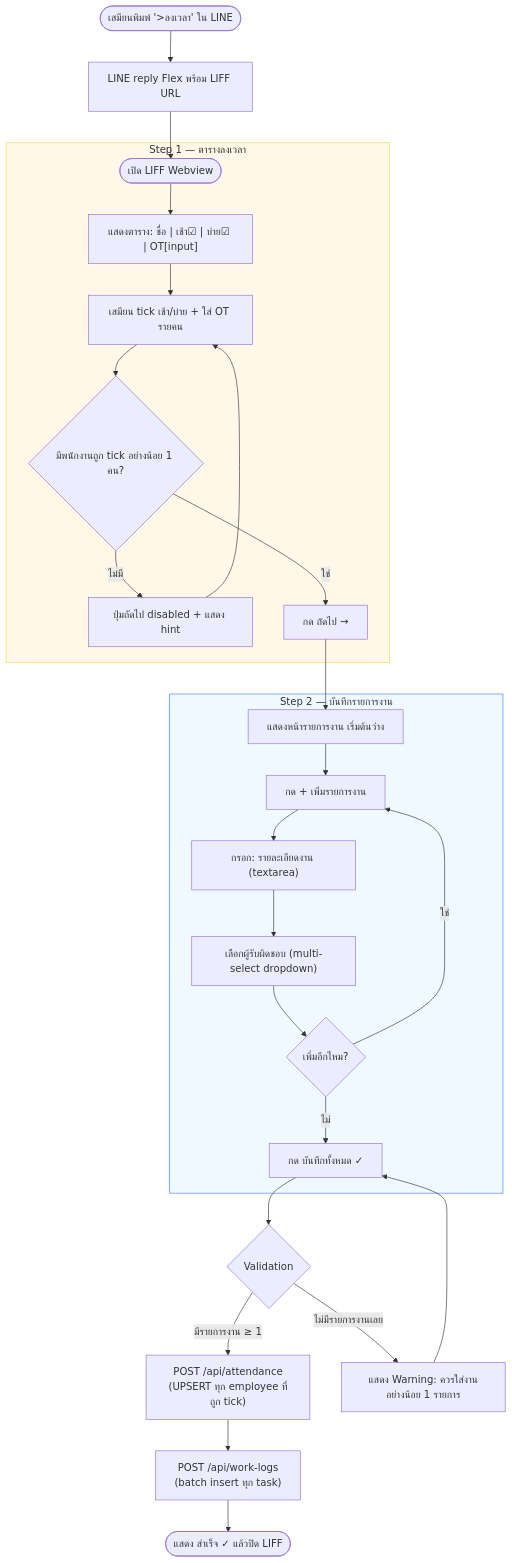
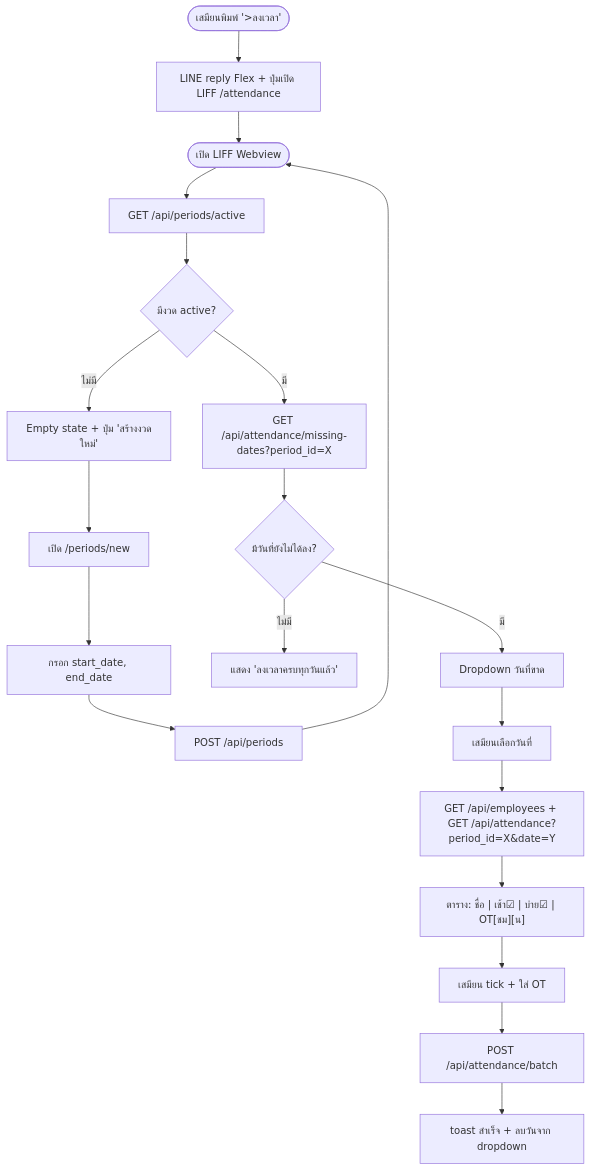
Before and after one commit to b33mx/jass: the second of 3 diagrams in doct/PRD.md, drawn with Mermaid. The commit also changed other lines of this file and 5 other files, not shown here.

````diff
--- a/doct/PRD.md
+++ b/doct/PRD.md
@@ -142,34 +80,27 @@
 ```mermaid
 flowchart TD
-    A([เสมียนพิมพ์ '>ลงเวลา' ใน LINE]) --> B[LINE reply Flex พร้อม LIFF URL]
+    A([เสมียนพิมพ์ '>ลงเวลา']) --> B[LINE reply Flex + ปุ่มเปิด LIFF /attendance]
     B --> C([เปิด LIFF Webview])
 
-    subgraph STEP1["Step 1 — ตารางลงเวลา"]
-        C --> D["แสดงตาราง: ชื่อ | เช้า☑ | บ่าย☑ | OT[input]"]
-        D --> D2[เสมียน tick เช้า/บ่าย + ใส่ OT รายคน]
-        D2 --> D3{มีพนักงานถูก tick อย่างน้อย 1 คน?}
-        D3 -->|ไม่มี| D4[ปุ่มถัดไป disabled + แสดง hint]
-        D4 --> D2
-        D3 -->|ใช่| E[กด ถัดไป →]
-    end
+    C --> D[GET /api/periods/active]
+    D --> E{มีงวด active?}
 
-    subgraph STEP2["Step 2 — บันทึกรายการงาน"]
-        E --> F[แสดงหน้ารายการงาน เริ่มต้นว่าง]
-        F --> G[กด + เพิ่มรายการงาน]
-        G --> H["กรอก: รายละเอียดงาน (textarea)"]
-        H --> I["เลือกผู้รับผิดชอบ (multi-select dropdown)"]
-        I --> J{เพิ่มอีกไหม?}
-        J -->|ใช่| G
-        J -->|ไม่| K[กด บันทึกทั้งหมด ✓]
-    end
+    E -->|ไม่มี| F[Empty state + ปุ่ม 'สร้างงวดใหม่']
+    F --> G[เปิด /periods/new]
+    G --> H[กรอก start_date, end_date]
+    H --> I[POST /api/periods]
+    I --> C
 
-    K --> L{Validation}
-    L -->|มีรายการงาน ≥ 1| M["POST /api/attendance\n(UPSERT ทุก employee ที่ถูก tick)"]
-    L -->|ไม่มีรายการงานเลย| N[แสดง Warning: ควรใส่งานอย่างน้อย 1 รายการ]
-    N --> K
-    M --> O["POST /api/work-logs\n(batch insert ทุก task)"]
-    O --> P([แสดง สำเร็จ ✓ แล้วปิด LIFF])
+    E -->|มี| J[GET /api/attendance/missing-dates?period_id=X]
+    J --> K{มีวันที่ยังไม่ได้ลง?}
 
-    style STEP1 fill:#fff7e8,stroke:#fada3d
-    style STEP2 fill:#f0f9ff,stroke:#3b82f6
+    K -->|ไม่มี| L[แสดง 'ลงเวลาครบทุกวันแล้ว']
+
+    K -->|มี| M[Dropdown วันที่ขาด]
+    M --> N[เสมียนเลือกวันที่]
+    N --> O[GET /api/employees + GET /api/attendance?period_id=X&date=Y]
+    O --> P["ตาราง: ชื่อ | เช้า☑ | บ่าย☑ | OT[ชม][น]"]
+    P --> Q[เสมียน tick + ใส่ OT]
+    Q --> R[POST /api/attendance/batch]
+    R --> S[toast สำเร็จ + ลบวันจาก dropdown]
 ```
````
